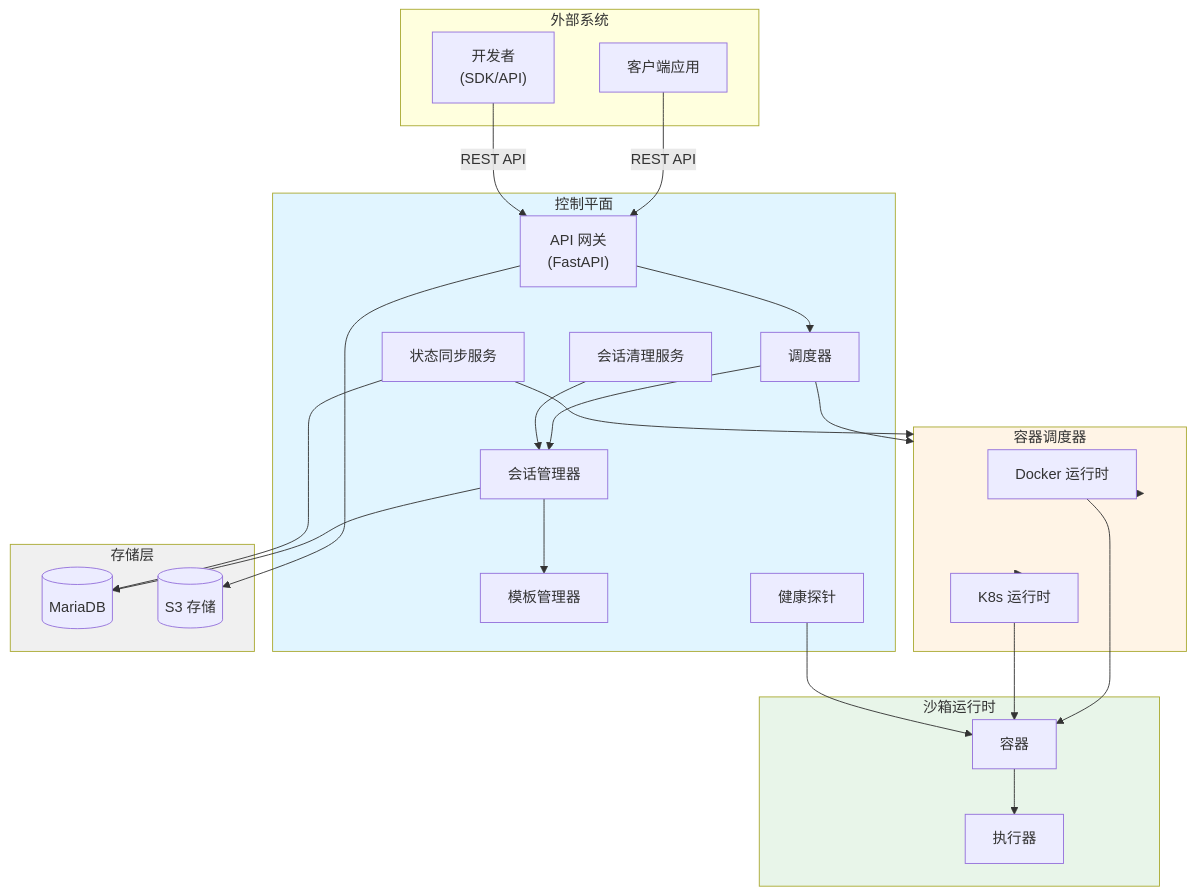
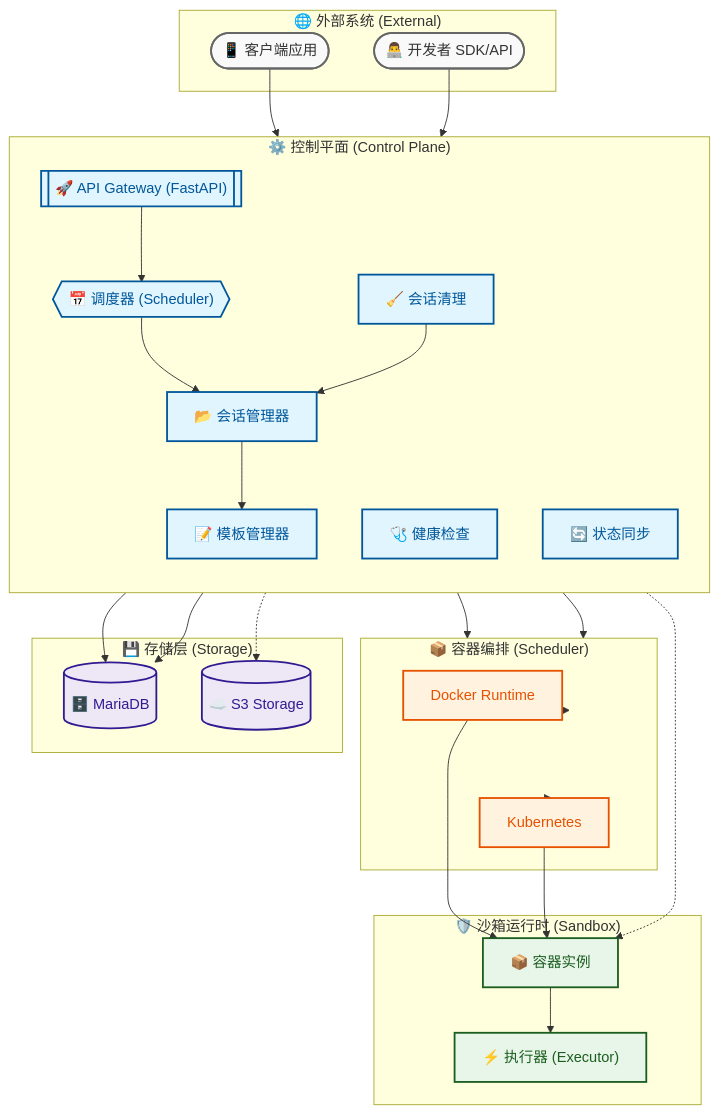
One commit to kweaver-ai/sandbox changed the diagram in README_ZH.md. Above: the diagram before and after it, drawn with Mermaid. The commit also changed other lines of this file and 1 other file, not shown here.

Commit message:
``` docs(readme): update architecture diagrams with enhanced mermaid flowcharts
- Replace basic graph TB diagrams with detailed flowchart TD diagrams
- Add comprehensive styling with color-coded components for better visualization
- Include Chinese labels alongside English descriptions for multilingual support
- Enhance the architecture section with improved component hierarchy and connections
- Add detailed styling classes for different system components (external, control,
  scheduler, storage, runtime, database)
- Update both English and Chinese README files with consistent diagram improvements
```

````diff
--- a/README_ZH.md
+++ b/README_ZH.md
@@ -57,55 +15,62 @@
 ```mermaid
-graph TB
-    subgraph External["外部系统"]
-        Client["客户端应用"]
-        Developer["开发者<br/>(SDK/API)"]
+flowchart TD
+    %% 定义全局样式
+    classDef external fill:#f9f9f9,stroke:#666,stroke-width:2px,color:#333;
+    classDef control fill:#e1f5fe,stroke:#01579b,stroke-width:2px,color:#01579b;
+    classDef scheduler fill:#fff3e0,stroke:#e65100,stroke-width:2px,color:#e65100;
+    classDef storage fill:#f5f5f5,stroke:#424242,stroke-width:2px,color:#424242;
+    classDef runtime fill:#e8f5e9,stroke:#1b5e20,stroke-width:2px,color:#1b5e20;
+    classDef database fill:#ede7f6,stroke:#311b92,stroke-width:2px,color:#311b92;
+
+    subgraph External ["🌐 外部系统 (External)"]
+        Client(["📱 客户端应用"])
+        Developer(["👨‍💻 开发者 SDK/API"])
     end
 
-    subgraph ControlPlane["控制平面"]
-        API["API 网关<br/>(FastAPI)"]
-        Scheduler["调度器"]
-        SessionMgr["会话管理器"]
-        TemplateMgr["模板管理器"]
-        HealthProbe["健康探针"]
-        Cleanup["会话清理服务"]
-        StateSync["状态同步服务"]
+    subgraph ControlPlane ["⚙️ 控制平面 (Control Plane)"]
+        direction TB
+        API[["🚀 API Gateway (FastAPI)"]]
+        Scheduler{{"📅 调度器 (Scheduler)"}}
+        SessionMgr["📂 会话管理器"]
+        TemplateMgr["📝 模板管理器"]
+        HealthProbe["🩺 健康检查"]
+        Cleanup["🧹 会话清理"]
+        StateSync["🔄 状态同步"]
     end
 
-    subgraph ContainerScheduler["容器调度器"]
-        DockerRuntime["Docker 运行时"]
-        K8sRuntime["K8s 运行时"]
+    subgraph ContainerScheduler ["📦 容器编排 (Scheduler)"]
+        DockerRuntime["Docker Runtime"]
+        K8sRuntime["Kubernetes"]
     end
 
-    subgraph Storage["存储层"]
-        MariaDB[(MariaDB)]
-        S3[(S3 存储)]
+    subgraph Storage ["💾 存储层 (Storage)"]
+        MariaDB[("🗄️ MariaDB")]
+        S3[("☁️ S3 Storage")]
     end
 
-    subgraph Runtime["沙箱运行时"]
-        Executor["执行器"]
-        Container["容器"]
+    subgraph Runtime ["🛡️ 沙箱运行时 (Sandbox)"]
+        Executor["⚡ 执行器 (Executor)"]
+        Container["📦 容器实例"]
     end
 
-    Client -->|REST API| API
-    Developer -->|REST API| API
+    %% 这里的连接线逻辑
+    Client & Developer --> API
     API --> Scheduler
-    Scheduler --> SessionMgr
-    SessionMgr --> TemplateMgr
-    Scheduler --> ContainerScheduler
-    ContainerScheduler --> DockerRuntime
-    ContainerScheduler --> K8sRuntime
-    DockerRuntime --> Container
-    K8sRuntime --> Container
+    Scheduler --> SessionMgr & ContainerScheduler
+    SessionMgr --> TemplateMgr & MariaDB
+    ContainerScheduler --> DockerRuntime & K8sRuntime
+    DockerRuntime & K8sRuntime --> Container
     Container --> Executor
-    SessionMgr --> MariaDB
-    HealthProbe --> Container
-    StateSync --> MariaDB
-    StateSync --> ContainerScheduler
+    HealthProbe -.-> Container
+    StateSync --> MariaDB & ContainerScheduler
     Cleanup --> SessionMgr
-    API --> S3
+    API -.-> S3
 
-    style ControlPlane fill:#e1f5ff
-    style ContainerScheduler fill:#fff4e6
-    style Storage fill:#f0f0f0
-    style Runtime fill:#e8f5e9
+    %% 应用样式
+    class Client,Developer external;
+    class API,Scheduler,SessionMgr,TemplateMgr,HealthProbe,Cleanup,StateSync control;
+    class DockerRuntime,K8sRuntime scheduler;
+    class MariaDB,S3 database;
+    class Executor,Container runtime;
+
 ```
````
